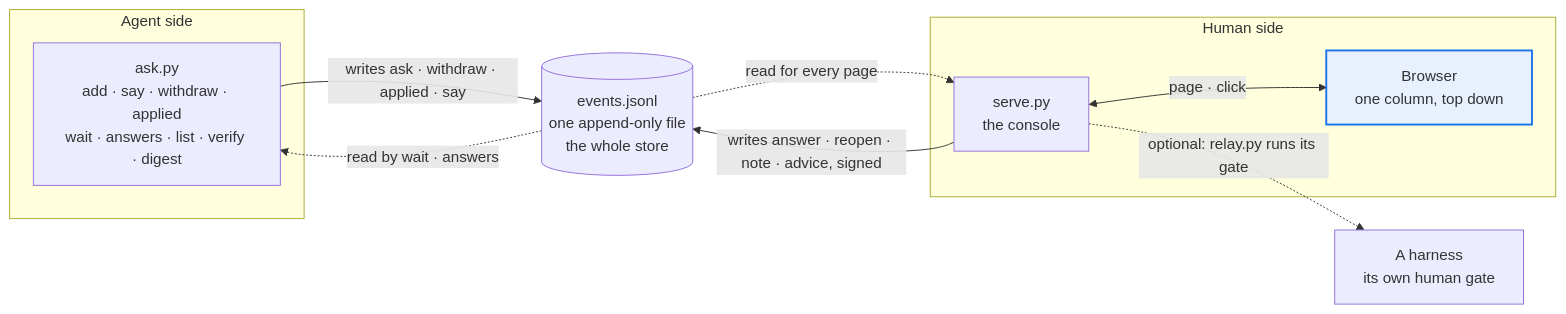
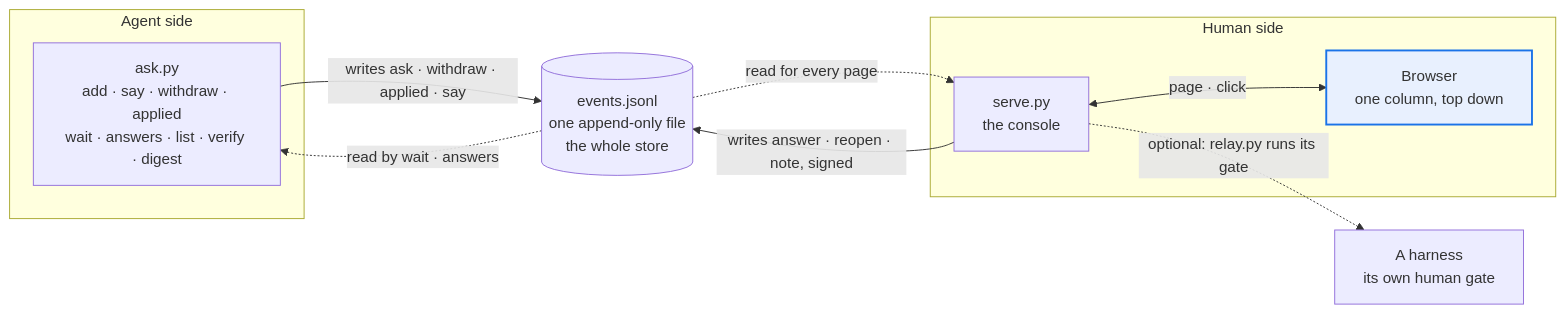
Before and after one commit to thaddeus-growth/Agent-Harness-playbook: the first of 4 diagrams in console/README.md, drawn with Mermaid. The commit also changed other lines of this file and 36 other files, not shown here.

````diff
--- a/console/README.md
+++ b/console/README.md
@@ -5,19 +5,19 @@
 ```mermaid
 flowchart LR
     subgraph AGENT["Agent side"]
       AG["ask.py<br/>add · say · withdraw · applied<br/>wait · answers · list · verify · digest"]
     end
     LOG[("events.jsonl<br/>one append-only file<br/>the whole store")]
     subgraph HUMAN["Human side"]
       CON["serve.py<br/>the console"]
       BR["Browser<br/>one column, top down"]:::owner
       CON <-->|"page · click"| BR
     end
     GATE["A harness<br/>its own human gate"]
     AG -->|"writes ask · withdraw · applied · say"| LOG
     LOG -. "read by wait · answers" .-> AG
-    CON -->|"writes answer · reopen · note · advice, signed"| LOG
+    CON -->|"writes answer · reopen · note, signed"| LOG
     LOG -. "read for every page" .-> CON
     CON -. "optional: relay.py runs its gate" .-> GATE
     classDef owner fill:#e8f0fe,stroke:#1a73e8,stroke-width:2px
 ```
````
